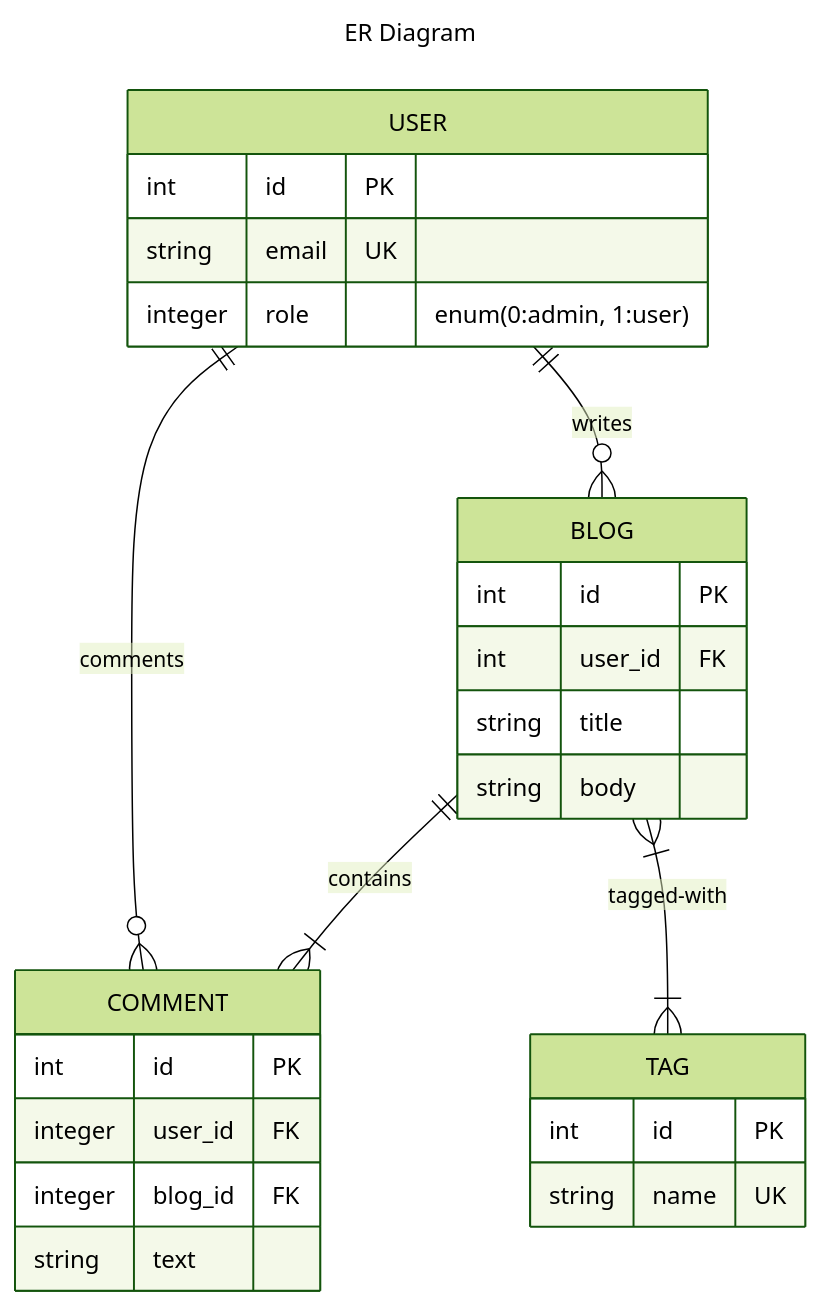
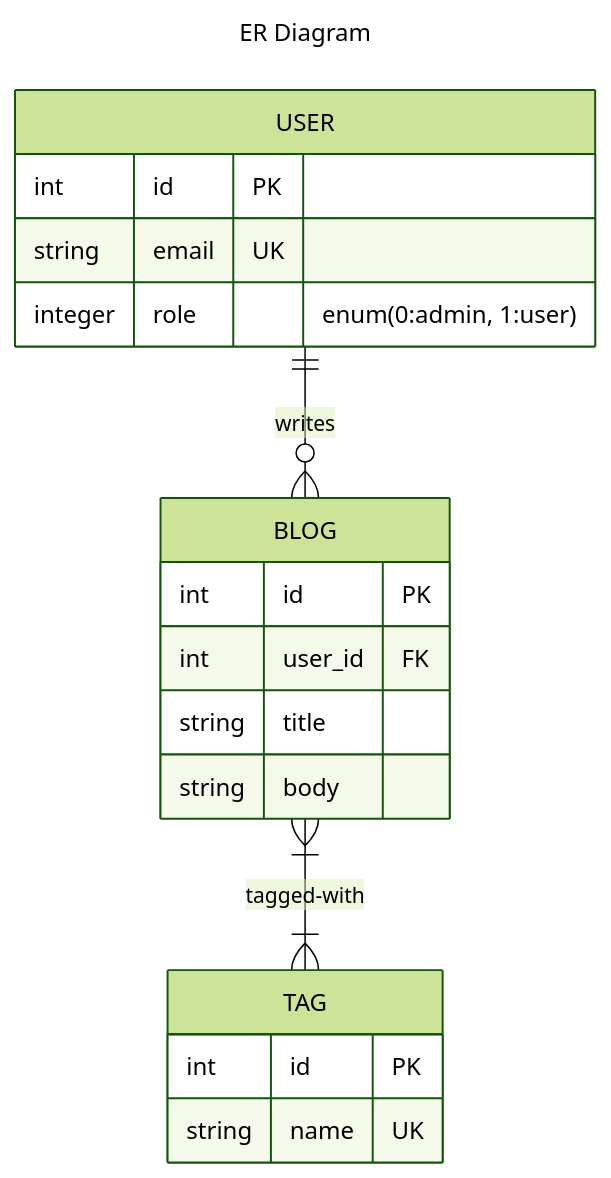
The diagram in README.md (nimri91/final), drawn with Mermaid (forest theme) before and after one commit. The commit also changed 3 other files, not shown here.

````diff
--- a/README.md
+++ b/README.md
@@ -2,31 +2,23 @@
 ```mermaid
 ---
 title: ER Diagram
 ---
 erDiagram
     USER ||--o{ BLOG : writes
-    USER ||--o{ COMMENT : comments
     USER {
         int id PK
         string email UK
         integer role "enum(0:admin, 1:user)"
     }
-    BLOG ||--|{ COMMENT : contains
     BLOG {
         int id PK
         int user_id FK
         string title
         string body
-    }
-    COMMENT {
-        int id PK
-        integer user_id FK
-        integer blog_id FK
-        string text
     }
     BLOG }|--|{ TAG : tagged-with
     TAG {
         int id PK
         string name UK
     }
 ```
````
